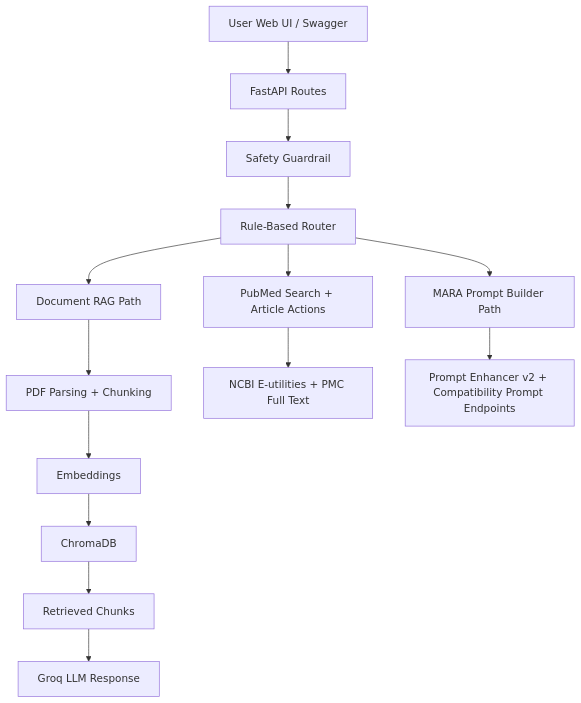
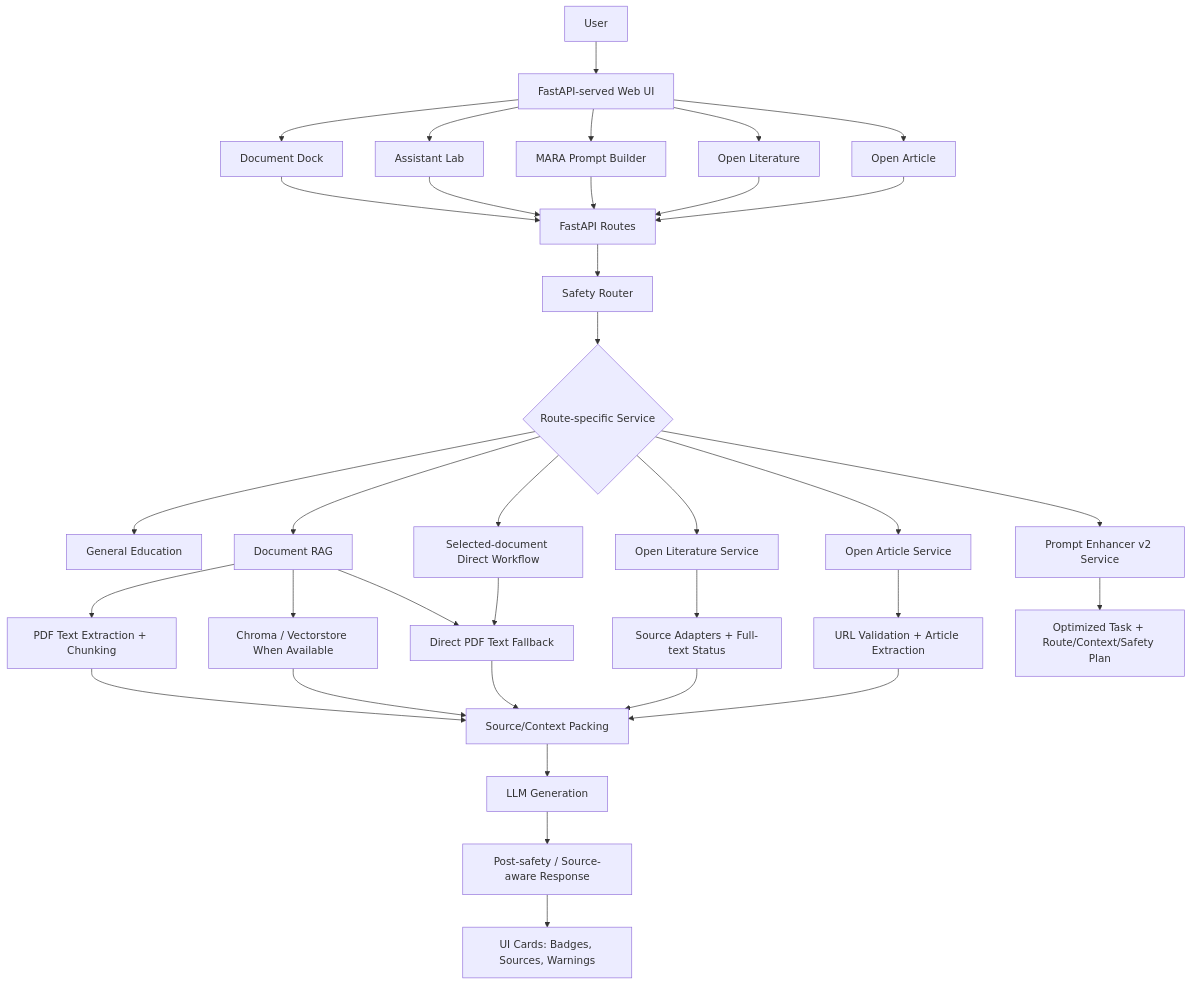
One commit to ahmedMnakbi/MedAgentic-RAG-Assistant changed the diagram in README.md. Above: the diagram before and after it, drawn with Mermaid. The commit also changed other lines of this file, not shown here.

````diff
--- a/README.md
+++ b/README.md
@@ -131,16 +231,43 @@
 ```mermaid
 flowchart TD
-    A["User Web UI / Swagger"] --> B["FastAPI Routes"]
-    B --> C["Safety Guardrail"]
-    C --> D["Rule-Based Router"]
-    D --> E["Document RAG Path"]
-    D --> F["PubMed Search + Article Actions"]
-    D --> G["MARA Prompt Builder Path"]
-    E --> H["PDF Parsing + Chunking"]
-    H --> I["Embeddings"]
-    I --> J["ChromaDB"]
-    J --> K["Retrieved Chunks"]
-    K --> L["Groq LLM Response"]
-    F --> M["NCBI E-utilities + PMC Full Text"]
-    G --> N["Prompt Enhancer v2 + Compatibility Prompt Endpoints"]
+    A["User"] --> B["FastAPI-served Web UI"]
+    B --> C["Document Dock"]
+    B --> D["Assistant Lab"]
+    B --> E["MARA Prompt Builder"]
+    B --> F["Open Literature"]
+    B --> G["Open Article"]
+
+    C --> H["FastAPI Routes"]
+    D --> H
+    E --> H
+    F --> H
+    G --> H
+
+    H --> I["Safety Router"]
+    I --> J{"Route-specific Service"}
+
+    J --> K["General Education"]
+    J --> L["Document RAG"]
+    J --> M["Selected-document Direct Workflow"]
+    J --> N["Open Literature Service"]
+    J --> O["Open Article Service"]
+    J --> P["Prompt Enhancer v2 Service"]
+
+    L --> Q["PDF Text Extraction + Chunking"]
+    L --> R["Chroma / Vectorstore When Available"]
+    L --> S["Direct PDF Text Fallback"]
+    M --> S
+    N --> T["Source Adapters + Full-text Status"]
+    O --> U["URL Validation + Article Extraction"]
+    P --> V["Optimized Task + Route/Context/Safety Plan"]
+
+    Q --> W["Source/Context Packing"]
+    R --> W
+    S --> W
+    T --> W
+    U --> W
+
+    W --> X["LLM Generation"]
+    X --> Y["Post-safety / Source-aware Response"]
+    Y --> Z["UI Cards: Badges, Sources, Warnings"]
 ```
````
